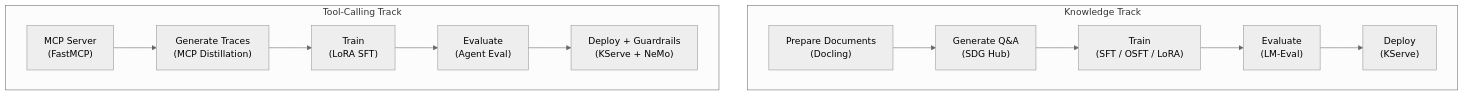
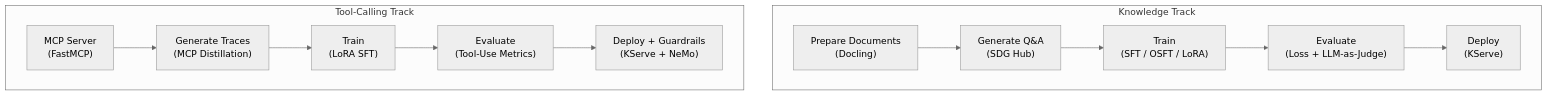
The diagram in docs/end-to-end/index.md (rrbanda/rhoai), drawn with Mermaid (neutral theme) before and after one commit. The commit also changed 66 other files, not shown here.

````diff
--- a/docs/end-to-end/index.md
+++ b/docs/end-to-end/index.md
@@ -33,15 +33,15 @@
 ```mermaid
 graph TD
     subgraph knowledge [Knowledge Track]
         K1["Prepare Documents<br/>(Docling)"] --> K2["Generate Q&A<br/>(SDG Hub)"]
         K2 --> K3["Train<br/>(SFT / OSFT / LoRA)"]
-        K3 --> K4["Evaluate<br/>(LM-Eval)"]
+        K3 --> K4["Evaluate<br/>(Loss + LLM-as-Judge)"]
         K4 --> K5["Deploy<br/>(KServe)"]
     end
-    subgraph agent [Tool-Calling Track]
+    subgraph tool_calling [Tool-Calling Track]
         A1["MCP Server<br/>(FastMCP)"] --> A2["Generate Traces<br/>(MCP Distillation)"]
         A2 --> A3["Train<br/>(LoRA SFT)"]
-        A3 --> A4["Evaluate<br/>(Agent Eval)"]
+        A3 --> A4["Evaluate<br/>(Tool-Use Metrics)"]
         A4 --> A5["Deploy + Guardrails<br/>(KServe + NeMo)"]
     end
 ```
````
